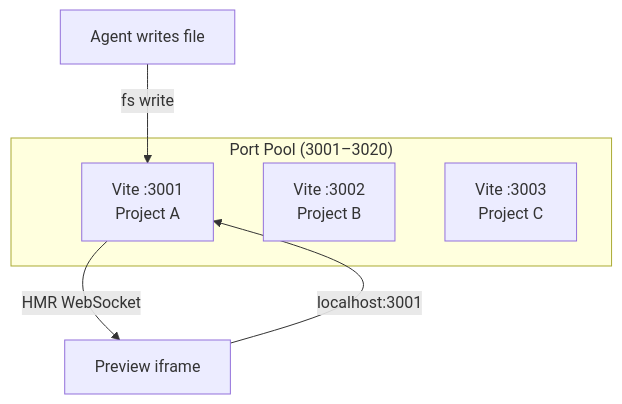
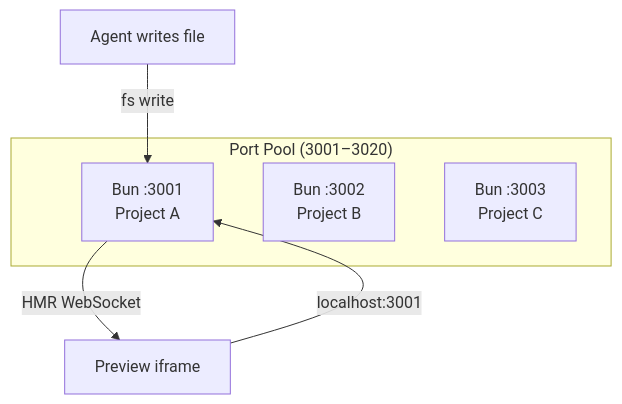
Before and after one commit to anthonybaldwin/page-gen: the first of 4 diagrams in docs/adr/005-preview-isolation-docker.md, drawn with Mermaid. The commit also changed other lines of this file and 32 other files, not shown here.

First line of the commit message:
refactor: replace Vite with Bun's built-in dev server

````diff
--- a/docs/adr/005-preview-isolation-docker.md
+++ b/docs/adr/005-preview-isolation-docker.md
@@ -24,12 +24,12 @@
 ```mermaid
 graph TD
   subgraph Pool["Port Pool (3001–3020)"]
-    V1["Vite :3001<br>Project A"]
-    V2["Vite :3002<br>Project B"]
-    V3["Vite :3003<br>Project C"]
+    V1["Bun :3001<br>Project A"]
+    V2["Bun :3002<br>Project B"]
+    V3["Bun :3003<br>Project C"]
   end
 
   FE["Preview iframe"] -->|localhost:3001| V1
   Agent["Agent writes file"] -->|fs write| V1
   V1 -->|HMR WebSocket| FE
 ```
````
